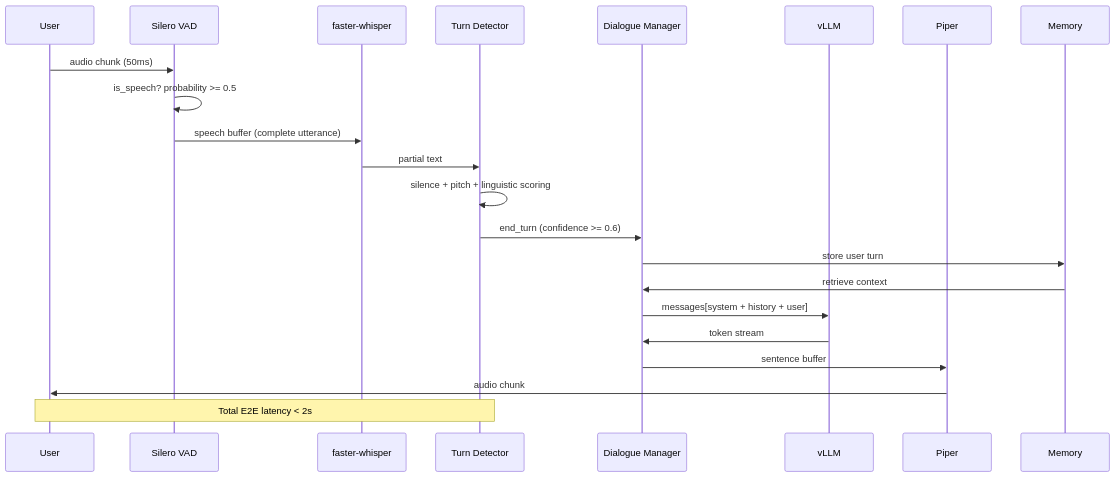
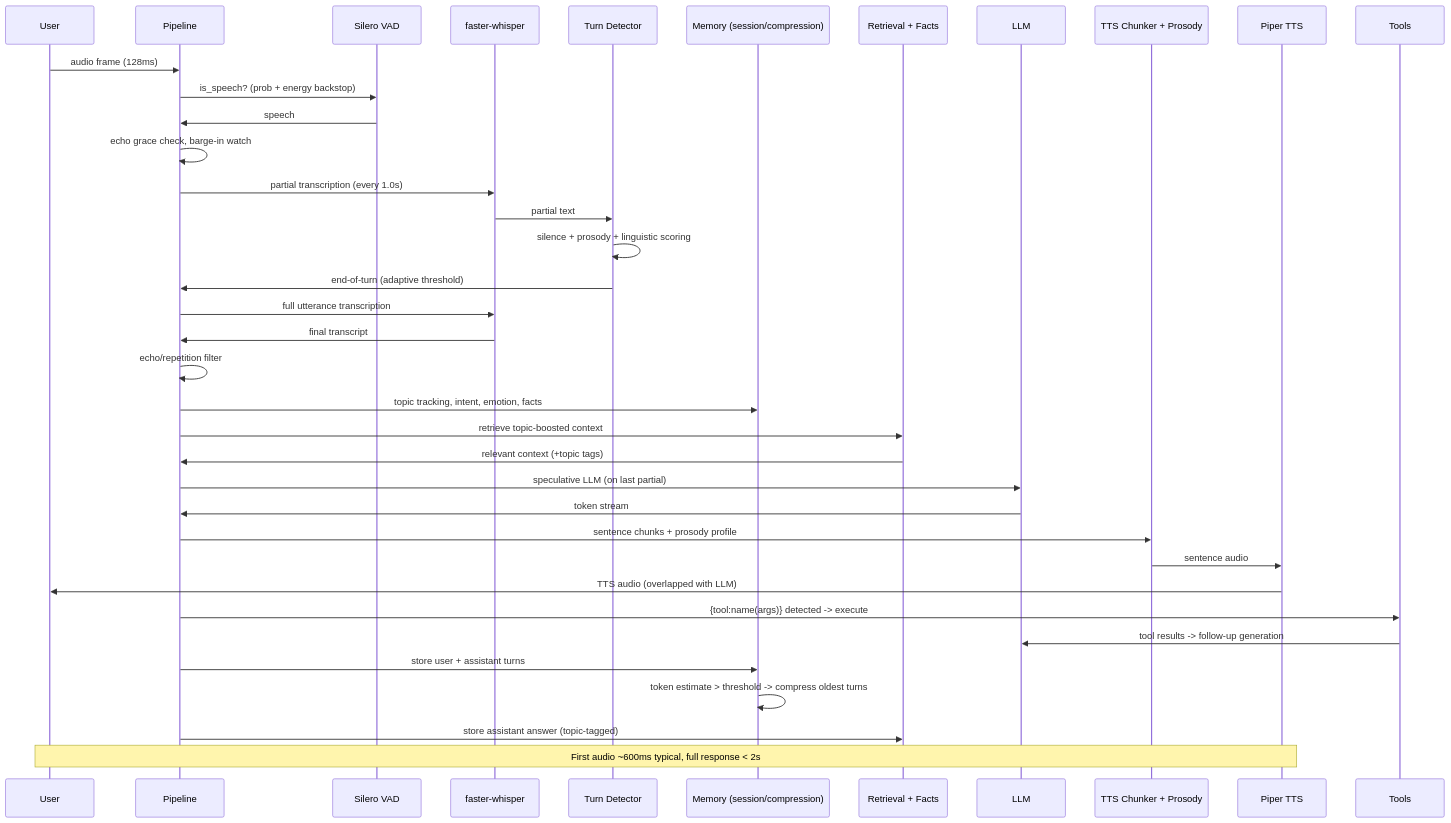
Before and after one commit to Shindevrp/Bolo: the fourth of 4 diagrams in README.md, drawn with Mermaid. The commit also changed other lines of this file, not shown here.

````diff
--- a/README.md
+++ b/README.md
@@ -293,25 +498,40 @@
 ```mermaid
 sequenceDiagram
-    participant User as User
-    participant VAD as Silero VAD
-    participant STT as faster-whisper
-    participant TD as Turn Detector
-    participant DM as Dialogue Manager
-    participant LLM as vLLM
-    participant TTS as Piper
-    participant Mem as Memory
+    participant U as User
+    participant P as Pipeline
+    participant V as Silero VAD
+    participant S as faster-whisper
+    participant T as Turn Detector
+    participant M as Memory (session/compression)
+    participant R as Retrieval + Facts
+    participant L as LLM
+    participant K as TTS Chunker + Prosody
+    participant X as Piper TTS
+    participant O as Tools
 
-    User->>VAD: audio chunk (50ms)
-    VAD->>VAD: is_speech? probability >= 0.5
-    VAD->>STT: speech buffer (complete utterance)
-    STT->>TD: partial text
-    TD->>TD: silence + pitch + linguistic scoring
-    TD->>DM: end_turn (confidence >= 0.6)
-    DM->>Mem: store user turn
-    Mem->>DM: retrieve context
-    DM->>LLM: messages[system + history + user]
-    LLM->>DM: token stream
-    DM->>TTS: sentence buffer
-    TTS->>User: audio chunk
-    Note over User,TD: Total E2E latency < 2s
+    U->>P: audio frame (128ms)
+    P->>V: is_speech? (prob + energy backstop)
+    V->>P: speech
+    P->>P: echo grace check, barge-in watch
+    P->>S: partial transcription (every 1.0s)
+    S->>T: partial text
+    T->>T: silence + prosody + linguistic scoring
+    T->>P: end-of-turn (adaptive threshold)
+    P->>S: full utterance transcription
+    S->>P: final transcript
+    P->>P: echo/repetition filter
+    P->>M: topic tracking, intent, emotion, facts
+    P->>R: retrieve topic-boosted context
+    R->>P: relevant context (+topic tags)
+    P->>L: speculative LLM (on last partial)
+    L->>P: token stream
+    P->>K: sentence chunks + prosody profile
+    K->>X: sentence audio
+    X->>U: TTS audio (overlapped with LLM)
+    P->>O: {tool:name(args)} detected -> execute
+    O->>L: tool results -> follow-up generation
+    P->>M: store user + assistant turns
+    M->>M: token estimate > threshold -> compress oldest turns
+    P->>R: store assistant answer (topic-tagged)
+    Note over U,X: First audio ~600ms typical, full response < 2s
 ```
````
